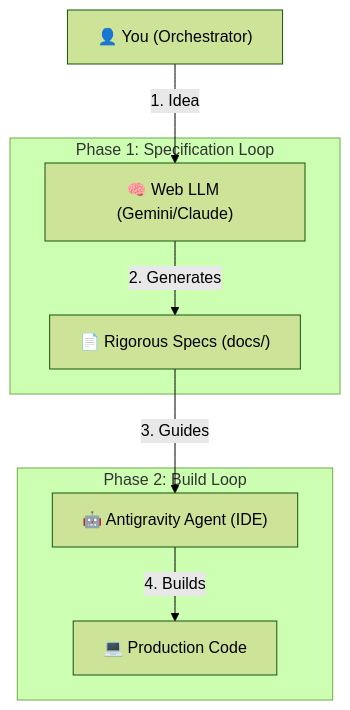
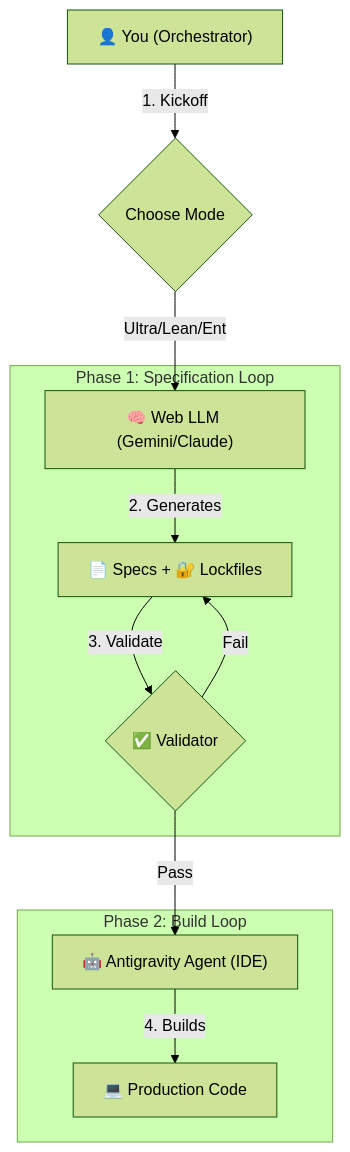
The diagram in README.md (richfrem/quantum-diamond-forge), drawn with Mermaid (forest theme) before and after one commit. The commit also changed other lines of this file and 8 other files, not shown here.

Commit message:
updated diagrams to 2.2

````diff
--- a/README.md
+++ b/README.md
@@ -59,17 +59,21 @@
 ```mermaid
 graph TD
-    User["👤 You (Orchestrator)"] -->|1. Idea| WebLLM["🧠 Web LLM (Gemini/Claude)"]
-    WebLLM -->|2. Generates| Specs["📄 Rigorous Specs (docs/)"]
-    Specs -->|3. Guides| Agent["🤖 Antigravity Agent (IDE)"]
+    User["👤 You (Orchestrator)"] -->|1. Kickoff| Mode{Choose Mode}
+    Mode -->|Ultra/Lean/Ent| WebLLM["🧠 Web LLM (Gemini/Claude)"]
+    WebLLM -->|2. Generates| Specs["📄 Specs + 🔐 Lockfiles"]
+    Specs -->|3. Validate| Gate{✅ Validator}
+    Gate -->|Pass| Agent["🤖 Antigravity Agent (IDE)"]
+    Gate -->|Fail| Specs
     Agent -->|4. Builds| Code["💻 Production Code"]
     
     subgraph "Phase 1: Specification Loop"
     WebLLM
     Specs
+    Gate
     end
     
     subgraph "Phase 2: Build Loop"
     Agent
     Code
     end
 ```
````
